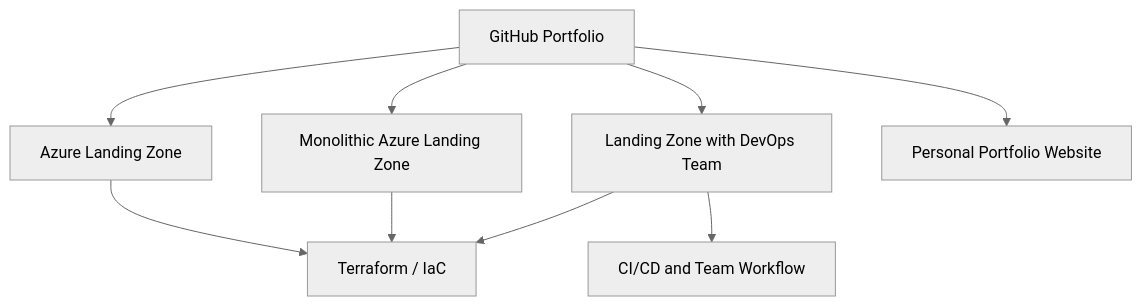
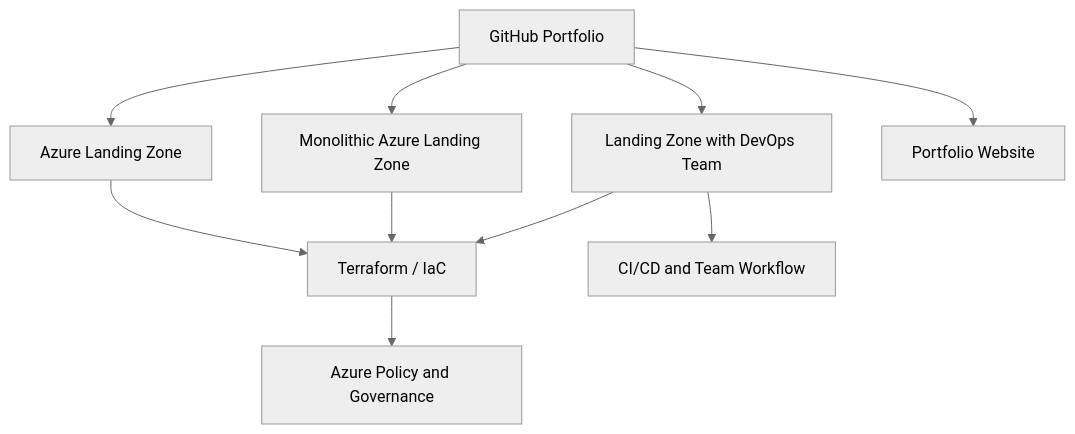
The diagram in README.md (shekh-mohammed-imran/shekh-mohammed-imran), drawn with Mermaid (neutral theme) before and after one commit. The commit also changed other lines of this file, not shown here.

````diff
--- a/README.md
+++ b/README.md
@@ -31,11 +42,12 @@
 ```mermaid
 flowchart TD
   A[GitHub Portfolio] --> B[Azure Landing Zone]
   A --> C[Monolithic Azure Landing Zone]
   A --> D[Landing Zone with DevOps Team]
-  A --> E[Personal Portfolio Website]
+  A --> E[Portfolio Website]
   B --> F[Terraform / IaC]
   C --> F
   D --> F
   D --> G[CI/CD and Team Workflow]
+  F --> H[Azure Policy and Governance]
 ```
````
